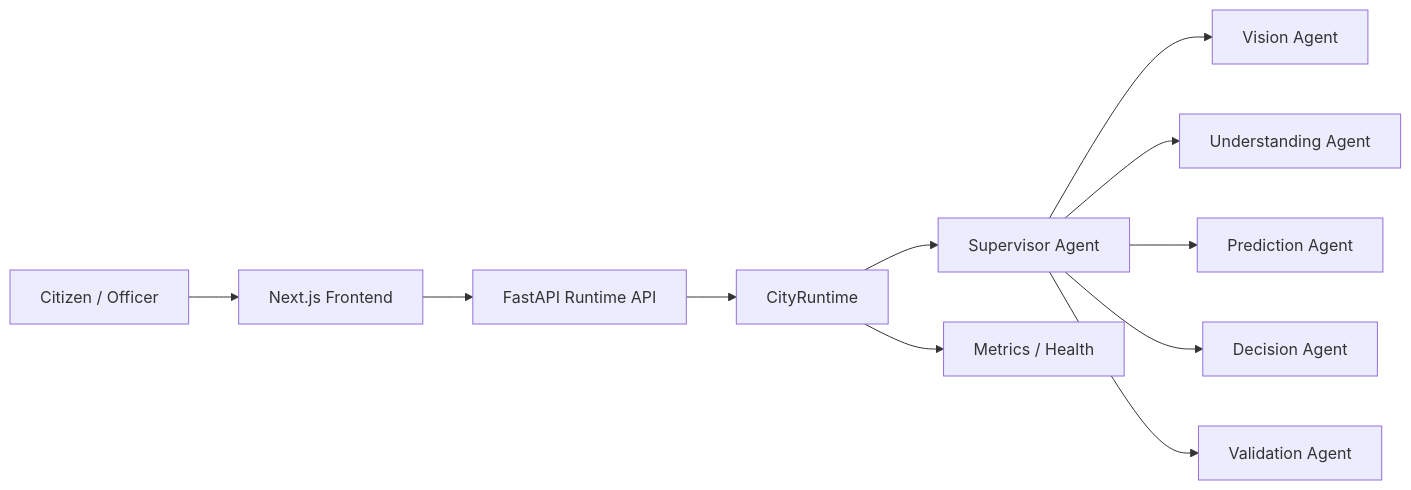
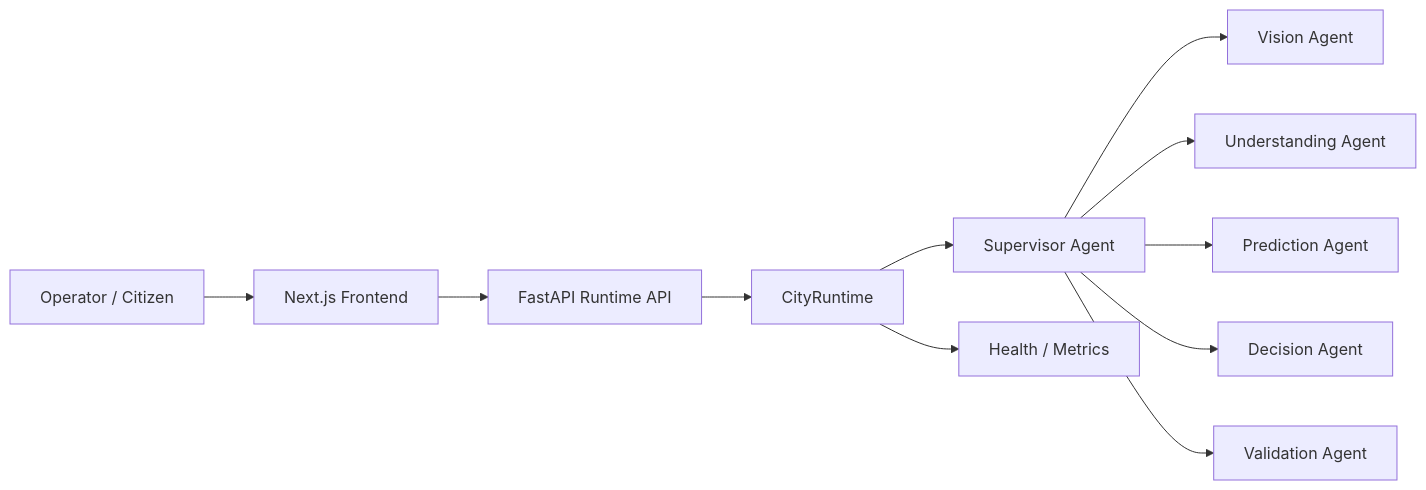
One commit to Rashmitha-Raviraj-Nayak/CityBrainAI changed the diagram in README.md. Above: the diagram before and after it, drawn with Mermaid. The commit also changed other lines of this file and 22 other files, not shown here.

````diff
--- a/README.md
+++ b/README.md
@@ -14,13 +21,13 @@
 ```mermaid
 flowchart LR
-    Citizen[Citizen / Officer] --> Frontend[Next.js Frontend]
+    User[Operator / Citizen] --> Frontend[Next.js Frontend]
     Frontend --> API[FastAPI Runtime API]
     API --> Runtime[CityRuntime]
     Runtime --> Supervisor[Supervisor Agent]
     Supervisor --> Vision[Vision Agent]
     Supervisor --> Understanding[Understanding Agent]
     Supervisor --> Prediction[Prediction Agent]
     Supervisor --> Decision[Decision Agent]
     Supervisor --> Validation[Validation Agent]
-    Runtime --> Metrics[Metrics / Health]
+    Runtime --> Health[Health / Metrics]
 ```
````
